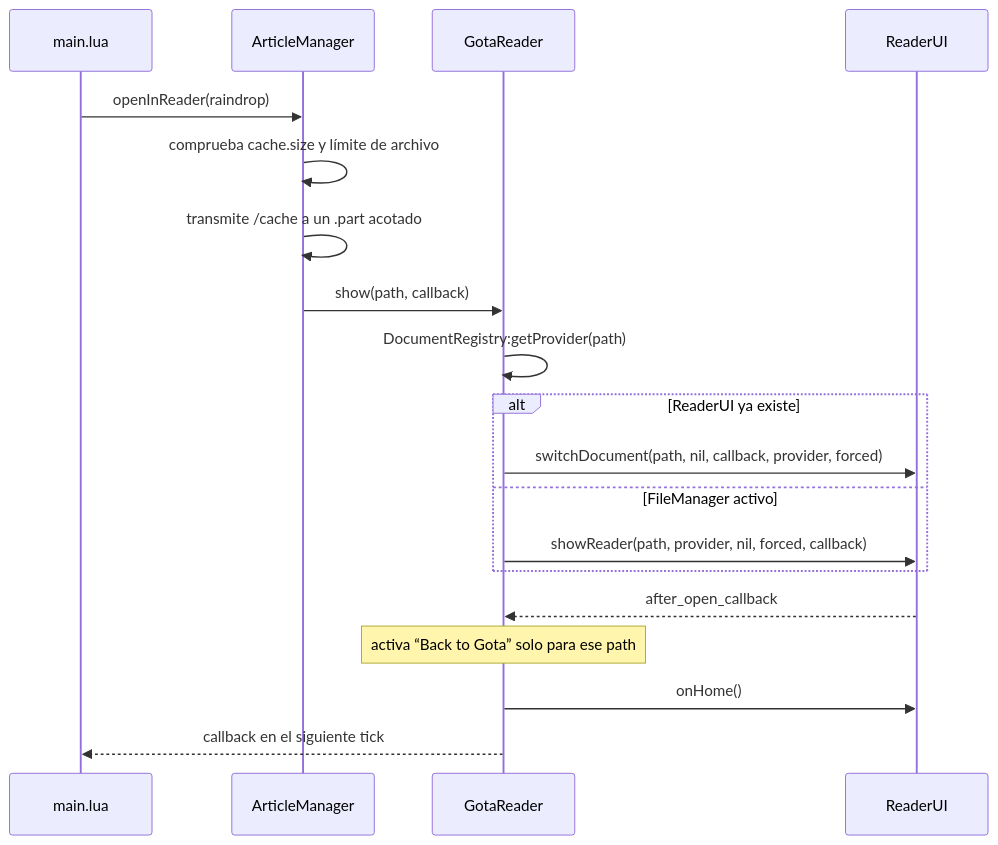
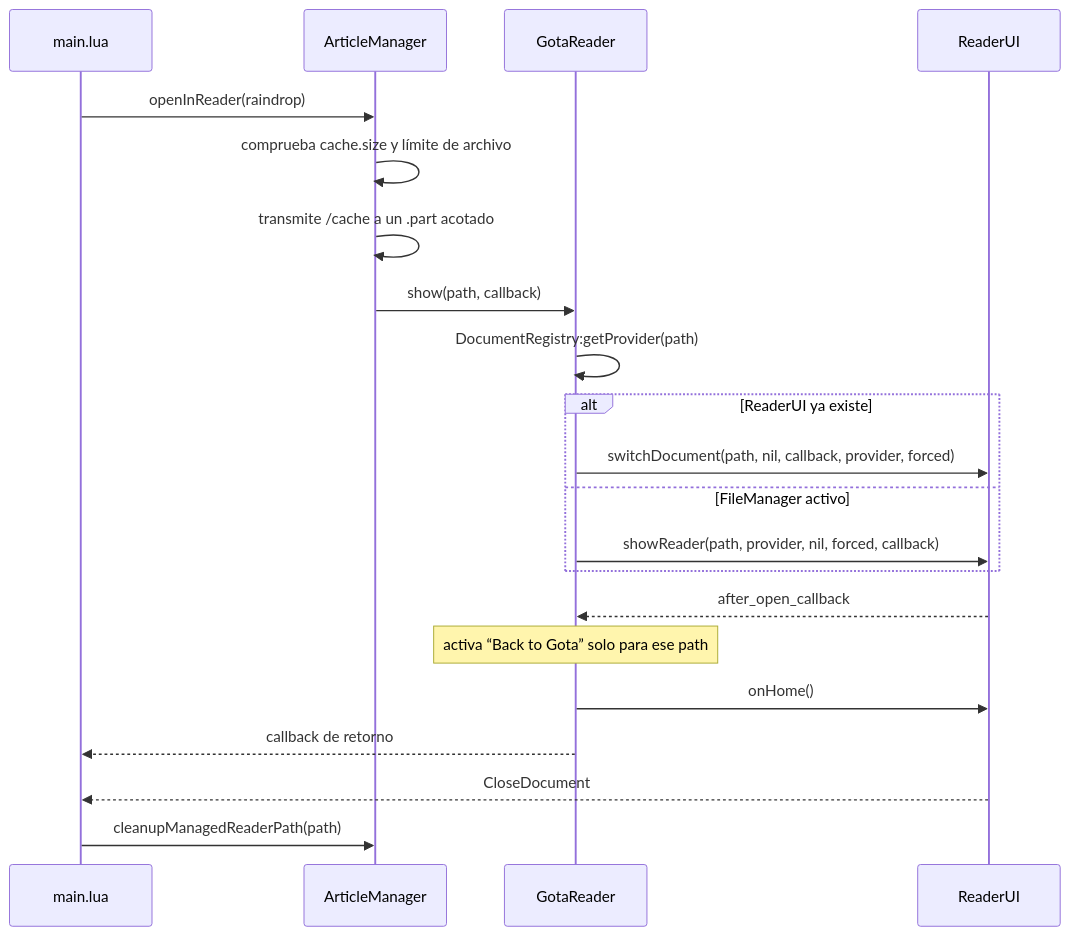
Before and after one commit to cristenger/gota.koplugin-for-raindrop: the second of 2 diagrams in gota.koplugin/ARCHITECTURE.md, drawn with Mermaid. The commit also changed other lines of this file and 13 other files, not shown here.

````diff
--- a/gota.koplugin/ARCHITECTURE.md
+++ b/gota.koplugin/ARCHITECTURE.md
@@ -55,22 +61,24 @@
 ```mermaid
 sequenceDiagram
     participant UI as main.lua
     participant AM as ArticleManager
     participant GR as GotaReader
     participant RU as ReaderUI
 
     UI->>AM: openInReader(raindrop)
     AM->>AM: comprueba cache.size y límite de archivo
     AM->>AM: transmite /cache a un .part acotado
     AM->>GR: show(path, callback)
     GR->>GR: DocumentRegistry:getProvider(path)
     alt ReaderUI ya existe
         GR->>RU: switchDocument(path, nil, callback, provider, forced)
     else FileManager activo
         GR->>RU: showReader(path, provider, nil, forced, callback)
     end
     RU-->>GR: after_open_callback
     Note over GR: activa “Back to Gota” solo para ese path
     GR->>RU: onHome()
-    GR-->>UI: callback en el siguiente tick
+    GR-->>UI: callback de retorno
+    RU-->>UI: CloseDocument
+    UI->>AM: cleanupManagedReaderPath(path)
 ```
````
